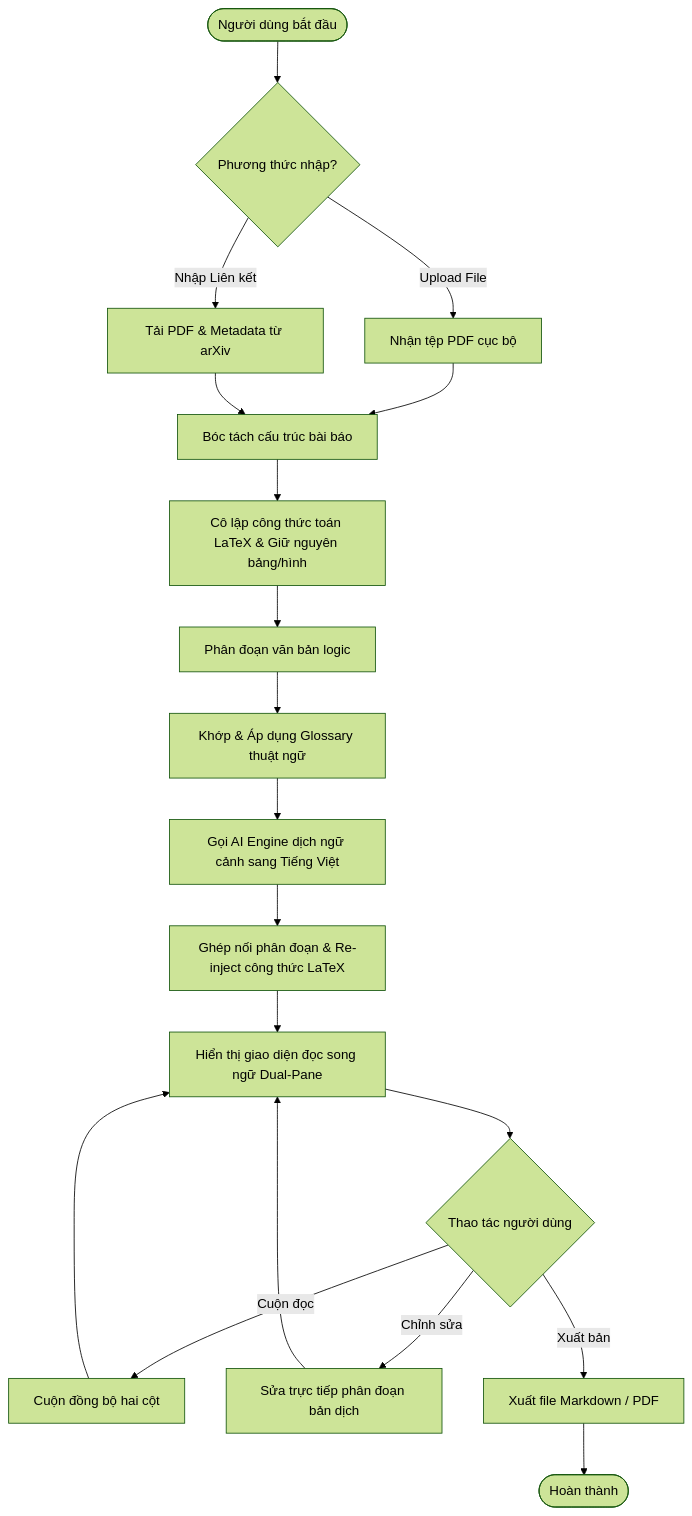
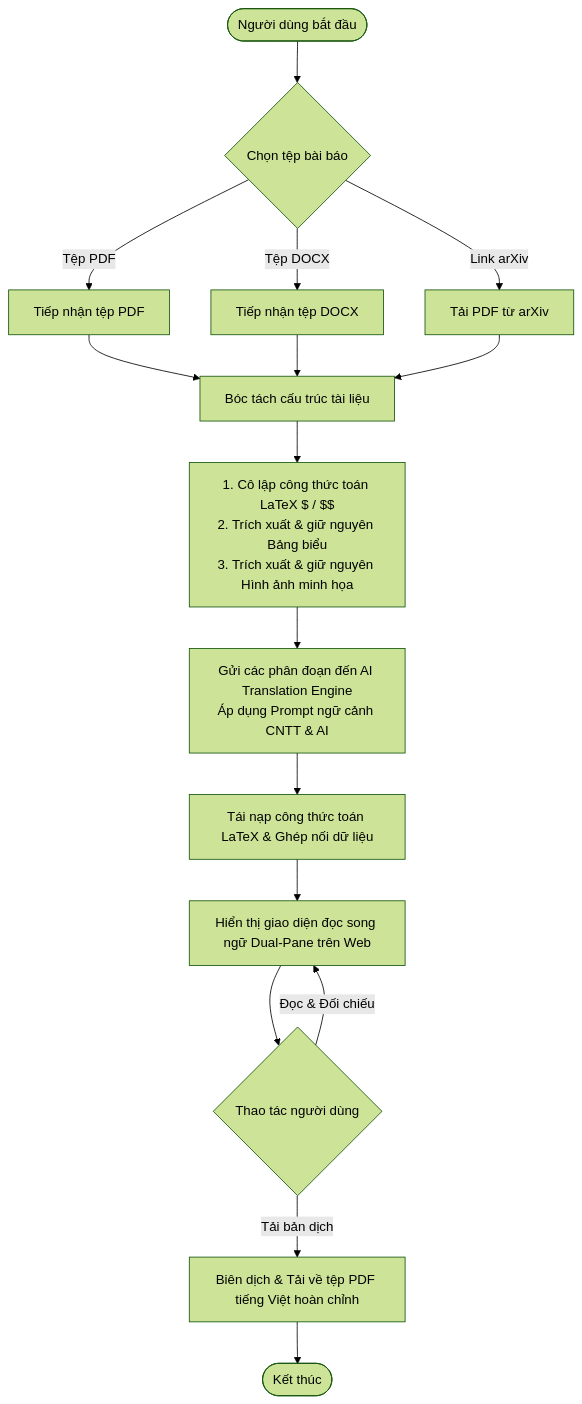
One commit to phamvantienkiz/paper-translation changed the second of 2 diagrams in docs/architecture/01-system-context.md. Above: the diagram before and after it, drawn with Mermaid (forest theme). The commit also changed other lines of this file and 15 other files, not shown here.

````diff
--- a/docs/architecture/01-system-context.md
+++ b/docs/architecture/01-system-context.md
@@ -82,25 +69,21 @@
 ```mermaid
 flowchart TD
-    Start([Người dùng bắt đầu]) --> Choice{Phương thức nhập?}
-    Choice -- Upload File --> IngestPDF[Nhận tệp PDF cục bộ]
-    Choice -- Nhập Liên kết --> IngestURL[Tải PDF & Metadata từ arXiv]
+    Start([Người dùng bắt đầu]) --> IngestChoice{Chọn tệp bài báo}
+    IngestChoice -- Tệp PDF --> IngestPDF[Tiếp nhận tệp PDF]
+    IngestChoice -- Tệp DOCX --> IngestDOCX[Tiếp nhận tệp DOCX]
+    IngestChoice -- Link arXiv --> IngestArxiv[Tải PDF từ arXiv]
+
+    IngestPDF --> Parse[Bóc tách cấu trúc tài liệu]
+    IngestDOCX --> Parse
+    IngestArxiv --> Parse
+
+    Parse --> Isolate[1. Cô lập công thức toán LaTeX $ / $$<br>2. Trích xuất & giữ nguyên Bảng biểu<br>3. Trích xuất & giữ nguyên Hình ảnh minh họa]
+    Isolate --> Translate[Gửi các phân đoạn đến AI Translation Engine<br>Áp dụng Prompt ngữ cảnh CNTT & AI]
+    Translate --> Reassemble[Tái nạp công thức toán LaTeX & Ghép nối dữ liệu]
     
-    IngestPDF --> Parse[Bóc tách cấu trúc bài báo]
-    IngestURL --> Parse
-    
-    Parse --> IsolateMath[Cô lập công thức toán LaTeX & Giữ nguyên bảng/hình]
-    IsolateMath --> SegmentDoc[Phân đoạn văn bản logic]
-    SegmentDoc --> ApplyGlossary[Khớp & Áp dụng Glossary thuật ngữ]
-    ApplyGlossary --> Translate[Gọi AI Engine dịch ngữ cảnh sang Tiếng Việt]
-    Translate --> Reconstruct[Ghép nối phân đoạn & Re-inject công thức LaTeX]
-    Reconstruct --> RenderDual[Hiển thị giao diện đọc song ngữ Dual-Pane]
-    
-    RenderDual --> Action{Thao tác người dùng}
-    Action -- Cuộn đọc --> ScrollSync[Cuộn đồng bộ hai cột]
-    Action -- Chỉnh sửa --> EditSeg[Sửa trực tiếp phân đoạn bản dịch]
-    Action -- Xuất bản --> Export[Xuất file Markdown / PDF]
-    
-    ScrollSync --> RenderDual
-    EditSeg --> RenderDual
-    Export --> Finish([Hoàn thành])
+    Reassemble --> WebUI[Hiển thị giao diện đọc song ngữ Dual-Pane trên Web]
+    WebUI --> UserAction{Thao tác người dùng}
+    UserAction -- Đọc & Đối chiếu --> WebUI
+    UserAction -- Tải bản dịch --> ExportPDF[Biên dịch & Tải về tệp PDF tiếng Việt hoàn chỉnh]
+    ExportPDF --> Finish([Kết thúc])
 ```
````
